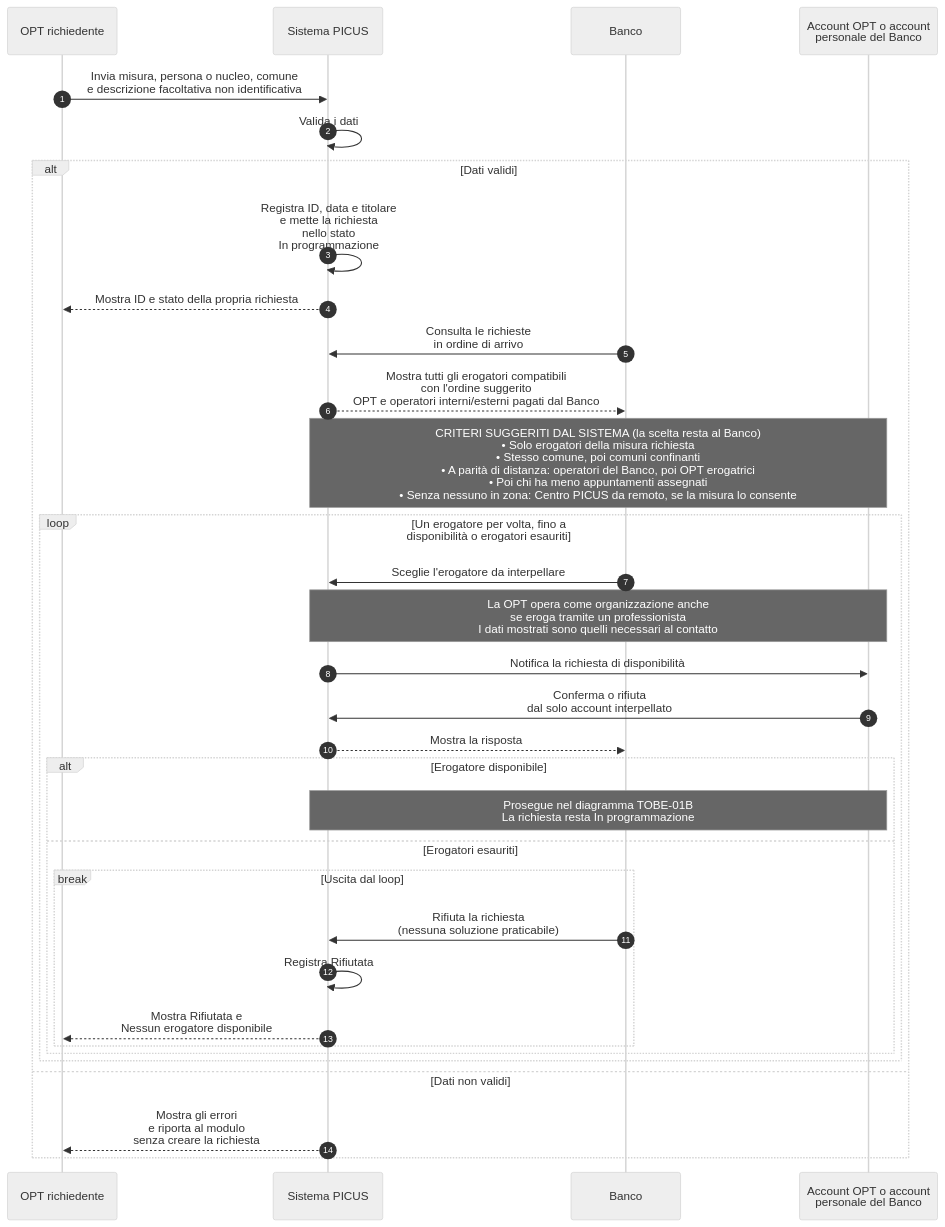
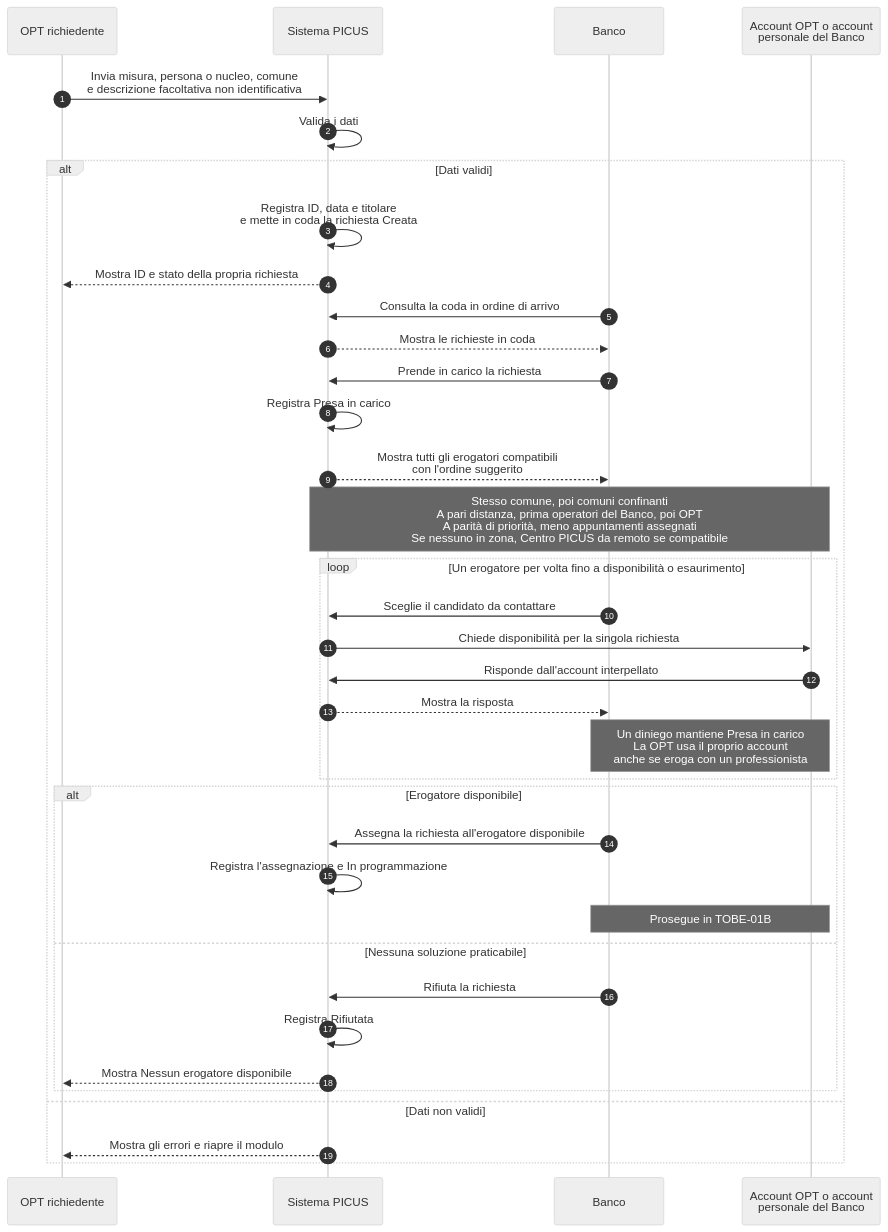
One commit to Pinguini-alla-Fragola/Progetto-SAD changed the diagram in docs/requirements/diagrams/to-be/TOBE-01A-richieste-disponibilita.mmd. Above: the diagram before and after it, drawn with Mermaid (neutral theme). The commit also changed 25 other files, not shown here.

```diff
--- a/docs/requirements/diagrams/to-be/TOBE-01A-richieste-disponibilita.mmd
+++ b/docs/requirements/diagrams/to-be/TOBE-01A-richieste-disponibilita.mmd
@@ -1,38 +1,39 @@
-%% TOBE-01A v0.5 - 10/11/2026
-%% Proposta del team: Epic #20. Allineato alle risposte del cliente (seconda tornata) e alle scelte del gruppo registrate il 03/11/2026.
-%% Il Banco lavora le richieste in ordine di arrivo e interpella un erogatore per volta.
-%% Il sistema puo' suggerire l'ordine degli erogatori; la scelta resta al Banco.
+%% TOBE-01A v0.7 - 14/11/2026
+%% Invio e ricerca. I soggetti coinvolti possono annullare secondo la regola in TOBE-01B.
 sequenceDiagram
     autonumber
     participant R as OPT richiedente
     participant S as Sistema PICUS
     participant B as Banco
     participant E as Account OPT o account<br/>personale del Banco
 
     R->>S: Invia misura, persona o nucleo, comune<br/>e descrizione facoltativa non identificativa
     S->>S: Valida i dati
     alt Dati validi
-        S->>S: Registra ID, data e titolare<br/>e mette la richiesta<br/>nello stato<br/>In programmazione
+        S->>S: Registra ID, data e titolare<br/>e mette in coda la richiesta Creata
         S-->>R: Mostra ID e stato della propria richiesta
-        B->>S: Consulta le richieste<br/>in ordine di arrivo
-        S-->>B: Mostra tutti gli erogatori compatibili<br/>con l'ordine suggerito<br/>OPT e operatori interni/esterni pagati dal Banco
-        Note over S,E: CRITERI SUGGERITI DAL SISTEMA (la scelta resta al Banco)<br/>• Solo erogatori della misura richiesta<br/>• Stesso comune, poi comuni confinanti<br/>• A parità di distanza: operatori del Banco, poi OPT erogatrici<br/>• Poi chi ha meno appuntamenti assegnati<br/>• Senza nessuno in zona: Centro PICUS da remoto, se la misura lo consente
-        loop Un erogatore per volta, fino a<br/>disponibilità o erogatori esauriti
-            B->>S: Sceglie l'erogatore da interpellare
-            Note over S,E: La OPT opera come organizzazione anche<br/>se eroga tramite un professionista<br/>I dati mostrati sono quelli necessari al contatto
-            S->>E: Notifica la richiesta di disponibilità
-            E->>S: Conferma o rifiuta<br/>dal solo account interpellato
+        B->>S: Consulta la coda in ordine di arrivo
+        S-->>B: Mostra le richieste in coda
+        B->>S: Prende in carico la richiesta
+        S->>S: Registra Presa in carico
+        S-->>B: Mostra tutti gli erogatori compatibili<br/>con l'ordine suggerito
+        Note over S,E: Stesso comune, poi comuni confinanti<br/>A pari distanza, prima operatori del Banco, poi OPT<br/>A parità di priorità, meno appuntamenti assegnati<br/>Se nessuno in zona, Centro PICUS da remoto se compatibile
+        loop Un erogatore per volta fino a disponibilità o esaurimento
+            B->>S: Sceglie il candidato da contattare
+            S->>E: Chiede disponibilità per la singola richiesta
+            E->>S: Risponde dall'account interpellato
             S-->>B: Mostra la risposta
-            alt Erogatore disponibile
-                Note over S,E: Prosegue nel diagramma TOBE-01B<br/>La richiesta resta In programmazione
-            else Erogatori esauriti
-                break Uscita dal loop
-                    B->>S: Rifiuta la richiesta<br/>(nessuna soluzione praticabile)
-                    S->>S: Registra Rifiutata
-                    S-->>R: Mostra Rifiutata e<br/>Nessun erogatore disponibile
-                end
-            end
+            Note over B,E: Un diniego mantiene Presa in carico<br/>La OPT usa il proprio account<br/>anche se eroga con un professionista
+        end
+        alt Erogatore disponibile
+            B->>S: Assegna la richiesta all'erogatore disponibile
+            S->>S: Registra l'assegnazione e In programmazione
+            Note over B,E: Prosegue in TOBE-01B
+        else Nessuna soluzione praticabile
+            B->>S: Rifiuta la richiesta
+            S->>S: Registra Rifiutata
+            S-->>R: Mostra Nessun erogatore disponibile
         end
     else Dati non validi
-        S-->>R: Mostra gli errori<br/>e riporta al modulo<br/>senza creare la richiesta
+        S-->>R: Mostra gli errori e riapre il modulo
     end
```
